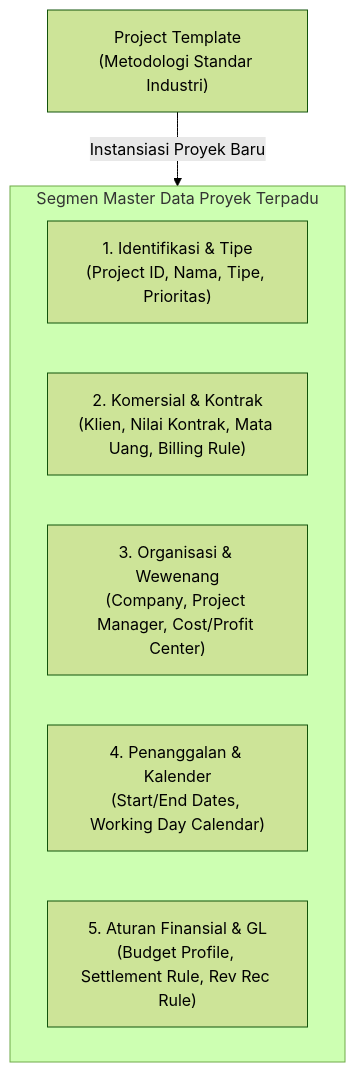
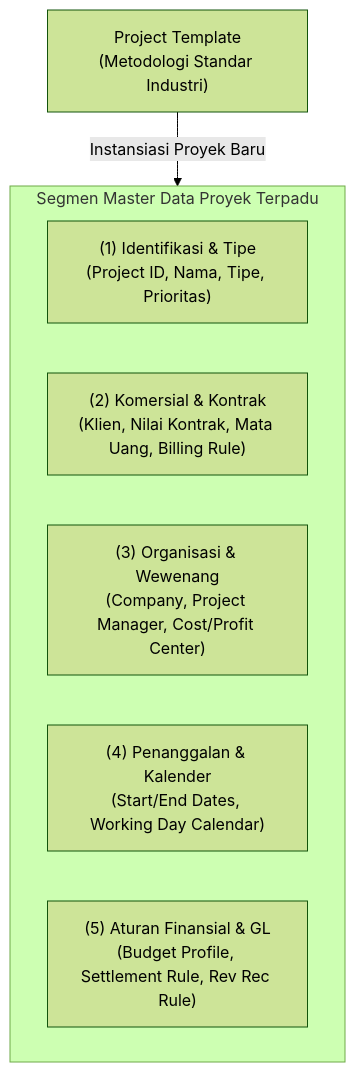
The first of 3 diagrams in content/09-project/project-master-data.md (alimurrofid/erp-notes), drawn with Mermaid (forest theme) before and after one commit. The commit also changed other lines of this file and 132 other files, not shown here.

````diff
--- a/content/09-project/project-master-data.md
+++ b/content/09-project/project-master-data.md
@@ -11,11 +11,11 @@
 ```mermaid
 graph TD
     subgraph MasterSegments["Segmen Master Data Proyek Terpadu"]
-        ID["1. Identifikasi & Tipe<br/>(Project ID, Nama, Tipe, Prioritas)"]
-        Comm["2. Komersial & Kontrak<br/>(Klien, Nilai Kontrak, Mata Uang, Billing Rule)"]
-        Org["3. Organisasi & Wewenang<br/>(Company, Project Manager, Cost/Profit Center)"]
-        Time["4. Penanggalan & Kalender<br/>(Start/End Dates, Working Day Calendar)"]
-        Fin["5. Aturan Finansial & GL<br/>(Budget Profile, Settlement Rule, Rev Rec Rule)"]
+        ID["(1) Identifikasi & Tipe<br/>(Project ID, Nama, Tipe, Prioritas)"]
+        Comm["(2) Komersial & Kontrak<br/>(Klien, Nilai Kontrak, Mata Uang, Billing Rule)"]
+        Org["(3) Organisasi & Wewenang<br/>(Company, Project Manager, Cost/Profit Center)"]
+        Time["(4) Penanggalan & Kalender<br/>(Start/End Dates, Working Day Calendar)"]
+        Fin["(5) Aturan Finansial & GL<br/>(Budget Profile, Settlement Rule, Rev Rec Rule)"]
     end
     Template["Project Template<br/>(Metodologi Standar Industri)"] -->|Instansiasi Proyek Baru| MasterSegments
 ```
````
